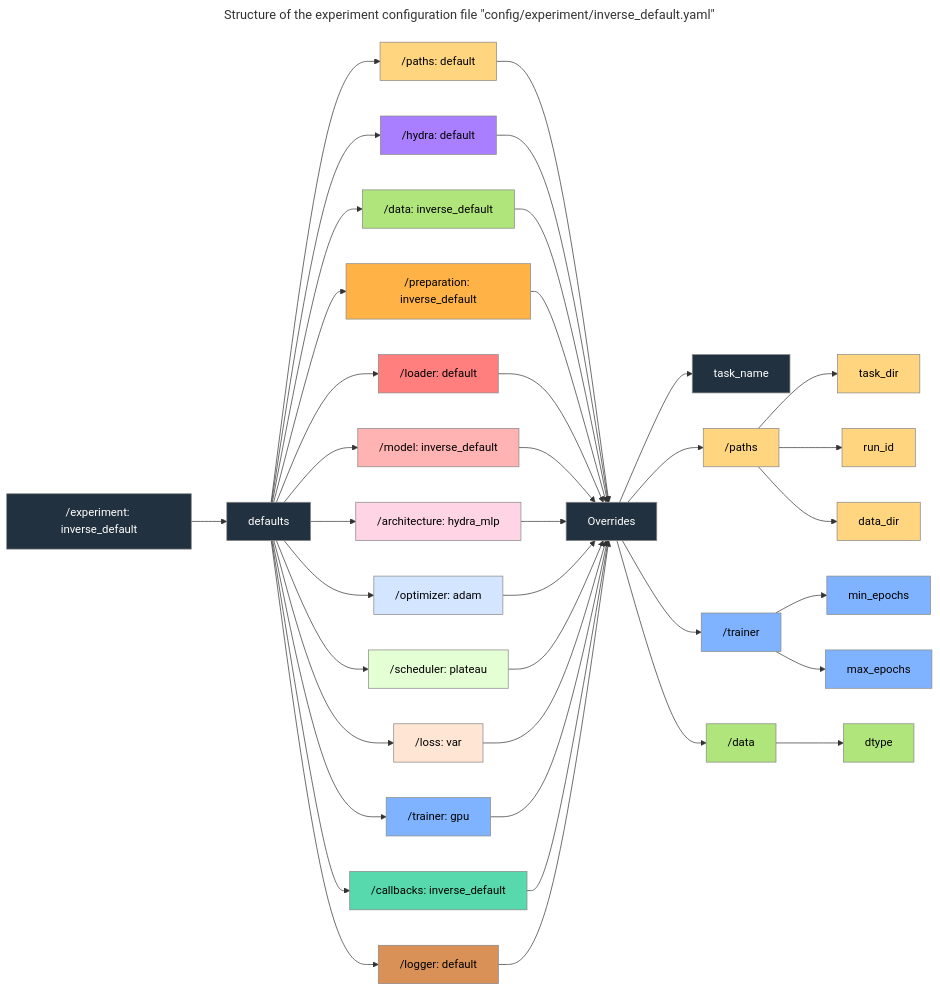
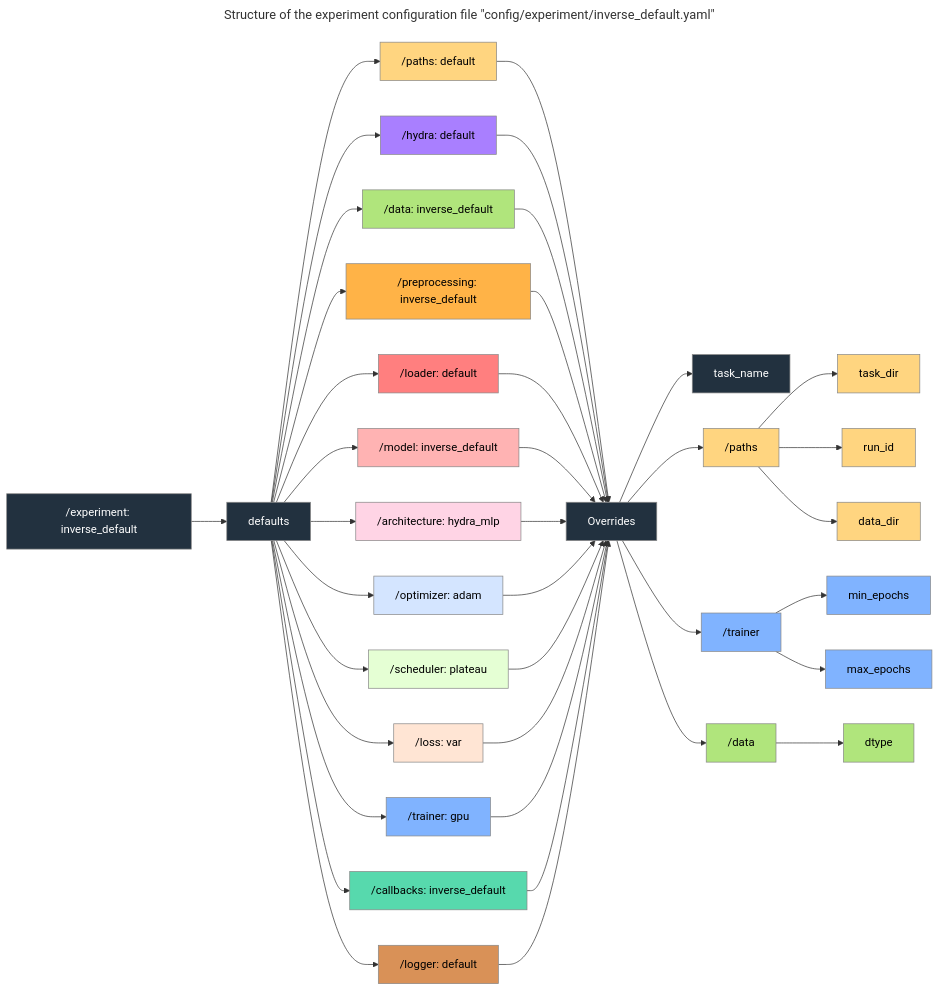
Before and after one commit to tremblaybenoit/RACCOONN: the first of 2 diagrams in README.md, drawn with Mermaid. The commit also changed other lines of this file and 73 other files, not shown here.

````diff
--- a/README.md
+++ b/README.md
@@ -56,82 +56,82 @@
 ```mermaid
 ---
 title: Structure of the experiment configuration file "config/experiment/inverse_default.yaml"
 ---
 flowchart LR
   A["/experiment: inverse_default"]
   A --> B["defaults"]
   B --> B1["/paths: default"]
   B --> B2["/hydra: default"]
   B --> B3["/data: inverse_default"]
-  B --> B4["/preparation: inverse_default"]
+  B --> B4["/preprocessing: inverse_default"]
   B --> B5["/loader: default"]
   B --> B6["/model: inverse_default"]
   B --> B7["/architecture: hydra_mlp"]
   B --> B8["/optimizer: adam"]
   B --> B9["/scheduler: plateau"]
   B --> B10["/loss: var"]
   B --> B11["/trainer: gpu"]
   B --> B12["/callbacks: inverse_default"]
   B --> B13["/logger: default"]
 
   %% Each override points to the final overrides section
   B1 --> C
   B2 --> C
   B3 --> C
   B4 --> C
   B5 --> C
   B6 --> C
   B7 --> C
   B8 --> C
   B9 --> C
   B10 --> C
   B11 --> C
   B12 --> C
   B13 --> C
 
   C["Overrides"]
   C --> C1["task_name"]
   C --> C2["/paths"]
   C2 --> C21["task_dir"]
   C2 --> C22["run_id"]
   C2 --> C23["data_dir"]
   C --> C3["/trainer"]
   C3 --> C31["min_epochs"]
   C3 --> C32["max_epochs"]
   C --> C4["/data"]
   C4 --> C41["dtype"]
 
   %% Color per config category
   classDef experiment fill:#22313F,stroke:#888,stroke-width:1px,color:#fff;
   classDef final_overrides fill:#22313F,stroke:#888,stroke-width:1px,color:#fff;
   classDef paths fill:#FFD580,stroke:#888,stroke-width:1px,color:#000;
   classDef hydra fill:#A97FFF,stroke:#888,stroke-width:1px,color:#000;
   classDef data fill:#B0E57C,stroke:#888,stroke-width:1px,color:#000;
-  classDef preparation fill:#FFB347,stroke:#888,stroke-width:1px,color:#000;
+  classDef preprocessing fill:#FFB347,stroke:#888,stroke-width:1px,color:#000;
   classDef loader fill:#FF7F7F,stroke:#888,stroke-width:1px,color:#000;
   classDef model fill:#FFB3B3,stroke:#888,stroke-width:1px,color:#000;
   classDef architecture fill:#FFD4E5,stroke:#888,stroke-width:1px,color:#000;
   classDef optimizer fill:#D4E5FF,stroke:#888,stroke-width:1px,color:#000;
   classDef scheduler fill:#E5FFD4,stroke:#888,stroke-width:1px,color:#000;
   classDef loss fill:#FFE5D4,stroke:#888,stroke-width:1px,color:#000;
   classDef trainer fill:#80B3FF,stroke:#888,stroke-width:1px,color:#000;
   classDef callbacks fill:#57D9AD,stroke:#888,stroke-width:1px,color:#000;
   classDef logger fill:#D99157,stroke:#888,stroke-width:1px,color:#000;
 
   %% Assign colors to boxes
   class A,B,C1 experiment;
   class C final_overrides;
   class B1,C2,C21,C22,C23 paths;
   class B2 hydra;
   class B3,C4,C41 data;
-  class B4 preparation;
+  class B4 preprocessing;
   class B5 loader;
   class B6 model;
   class B7 architecture;
   class B8 optimizer;
   class B9 scheduler;
   class B10 loss;
   class B11,C3,C31,C32 trainer;
   class B12 callbacks;
   class B13 logger;
 ```
````
